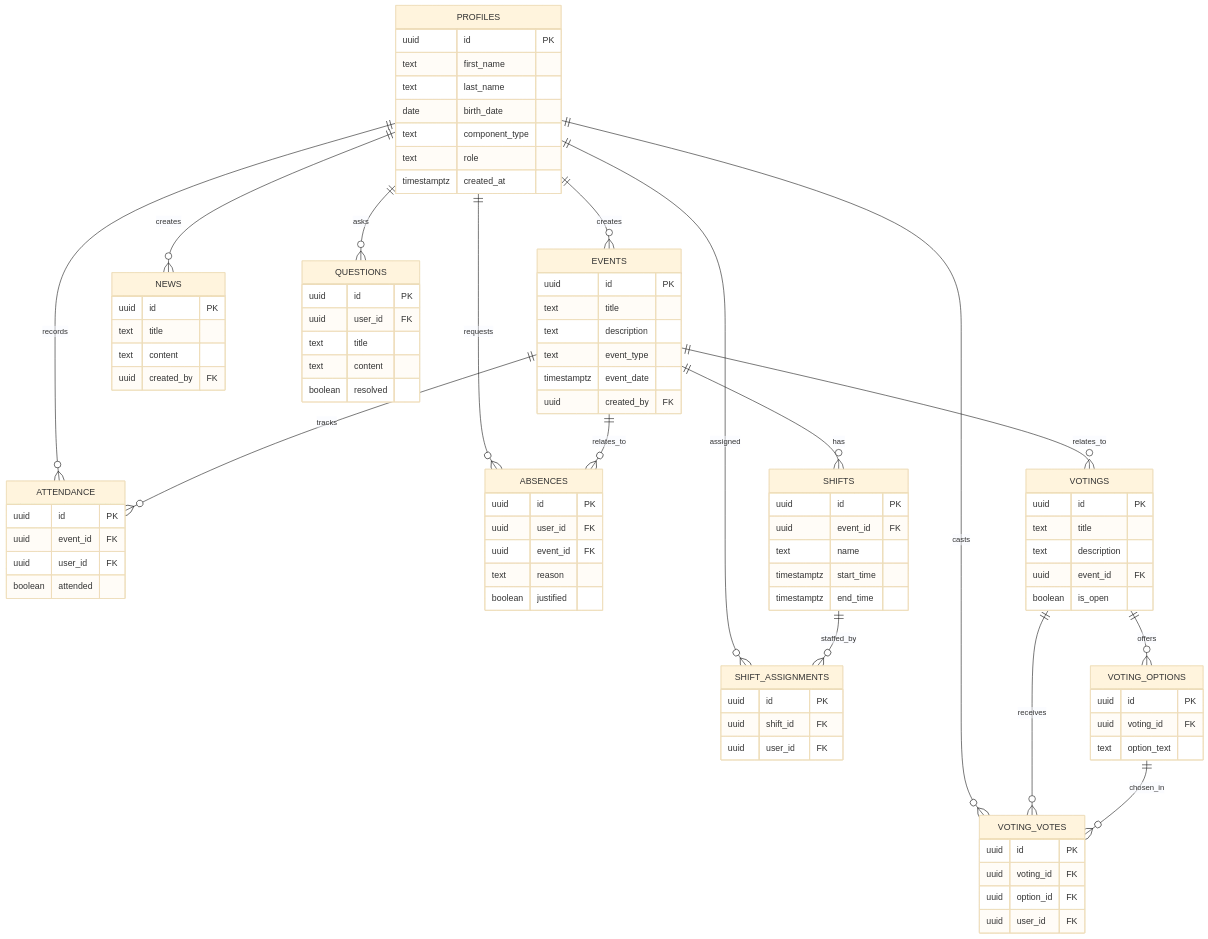
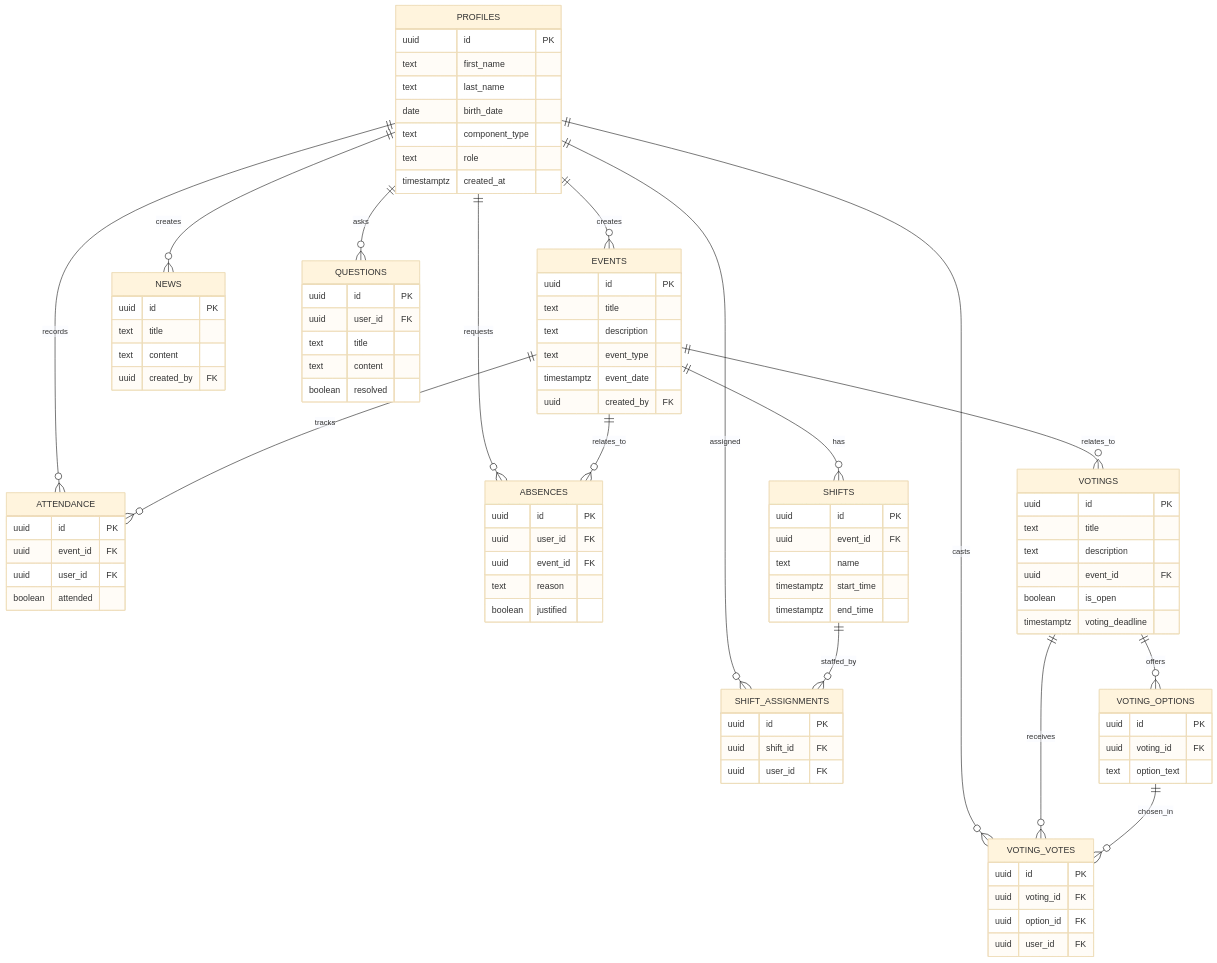
Before and after one commit to JoserraLP/umsuka-imbali-app: the diagram in docs/DATABASE.md, drawn with Mermaid (base theme). The commit also changed other lines of this file and 22 other files, not shown here.

```diff
--- a/docs/DATABASE.md
+++ b/docs/DATABASE.md
@@ -88,6 +88,7 @@
         text description
         uuid event_id FK
         boolean is_open
+        timestamptz voting_deadline
     }
     VOTING_OPTIONS {
         uuid id PK
```
